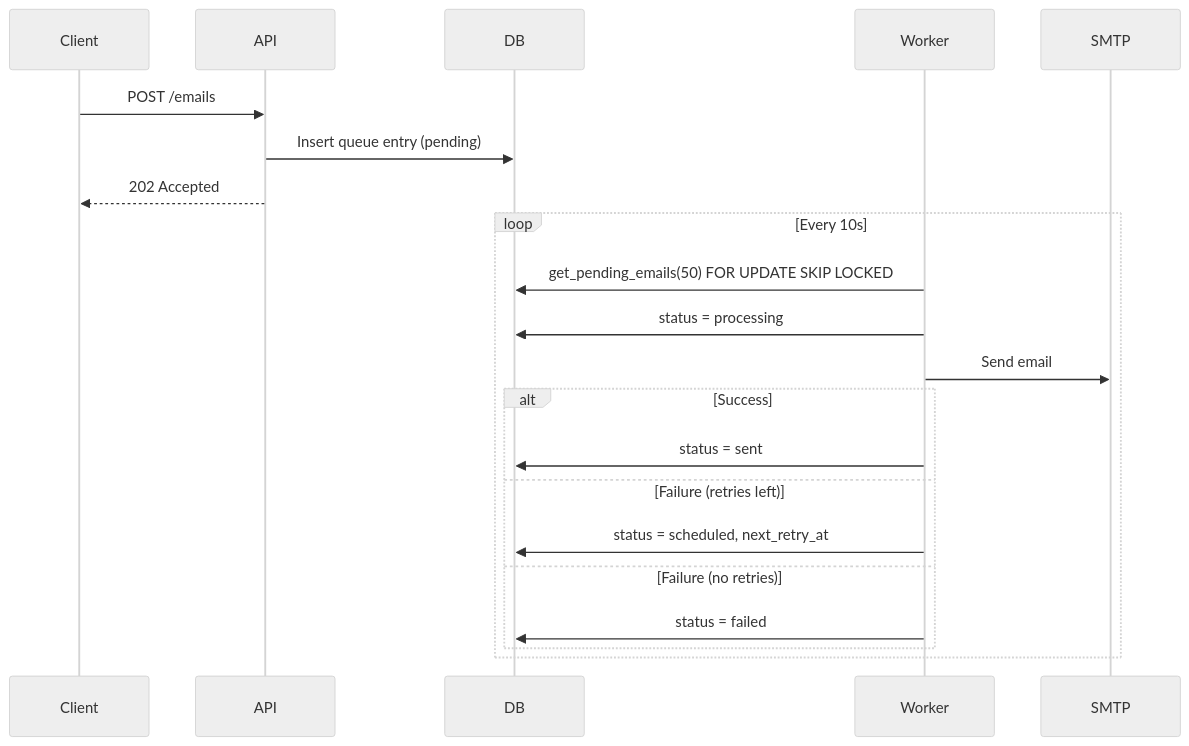
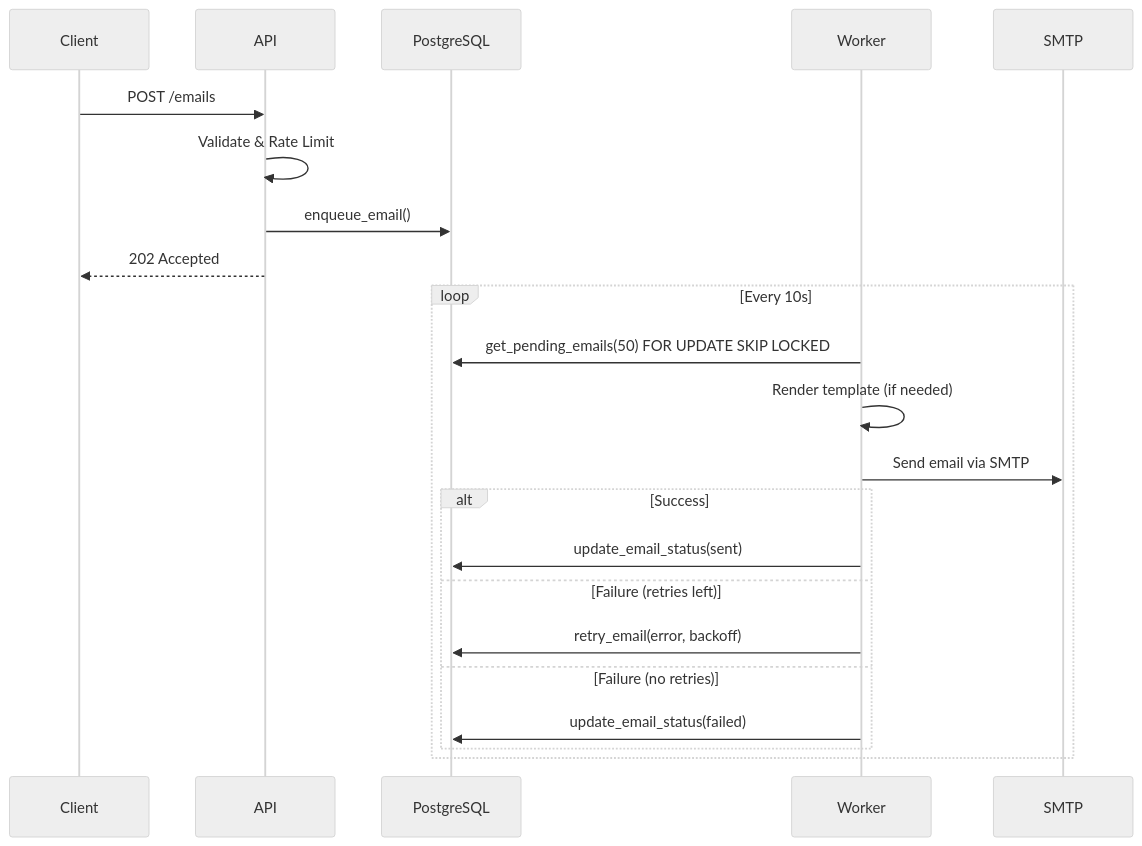
The second of 4 diagrams in REQ/REQ-1.md (javierjortiz82/email-service), drawn with Mermaid (neutral theme) before and after one commit. The commit also changed other lines of this file, not shown here.

````diff
--- a/REQ/REQ-1.md
+++ b/REQ/REQ-1.md
@@ -373,18 +1050,26 @@
 ```mermaid
 sequenceDiagram
-    Client->>API: POST /emails
-    API->>DB: Insert queue entry (pending)
-    API-->>Client: 202 Accepted
+    participant C as Client
+    participant A as API
+    participant DB as PostgreSQL
+    participant W as Worker
+    participant S as SMTP
+
+    C->>A: POST /emails
+    A->>A: Validate & Rate Limit
+    A->>DB: enqueue_email()
+    A-->>C: 202 Accepted
+
     loop Every 10s
-        Worker->>DB: get_pending_emails(50) FOR UPDATE SKIP LOCKED
-        Worker->>DB: status = processing
-        Worker->>SMTP: Send email
+        W->>DB: get_pending_emails(50) FOR UPDATE SKIP LOCKED
+        W->>W: Render template (if needed)
+        W->>S: Send email via SMTP
         alt Success
-            Worker->>DB: status = sent
+            W->>DB: update_email_status(sent)
         else Failure (retries left)
-            Worker->>DB: status = scheduled, next_retry_at
+            W->>DB: retry_email(error, backoff)
         else Failure (no retries)
-            Worker->>DB: status = failed
+            W->>DB: update_email_status(failed)
         end
     end
 ```
````
